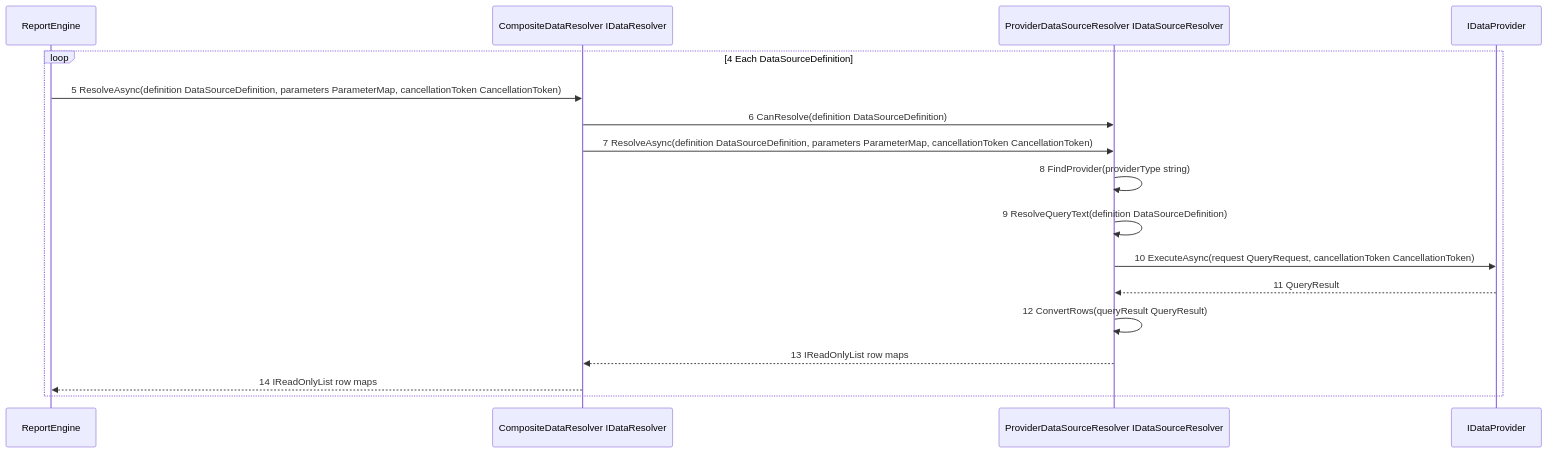
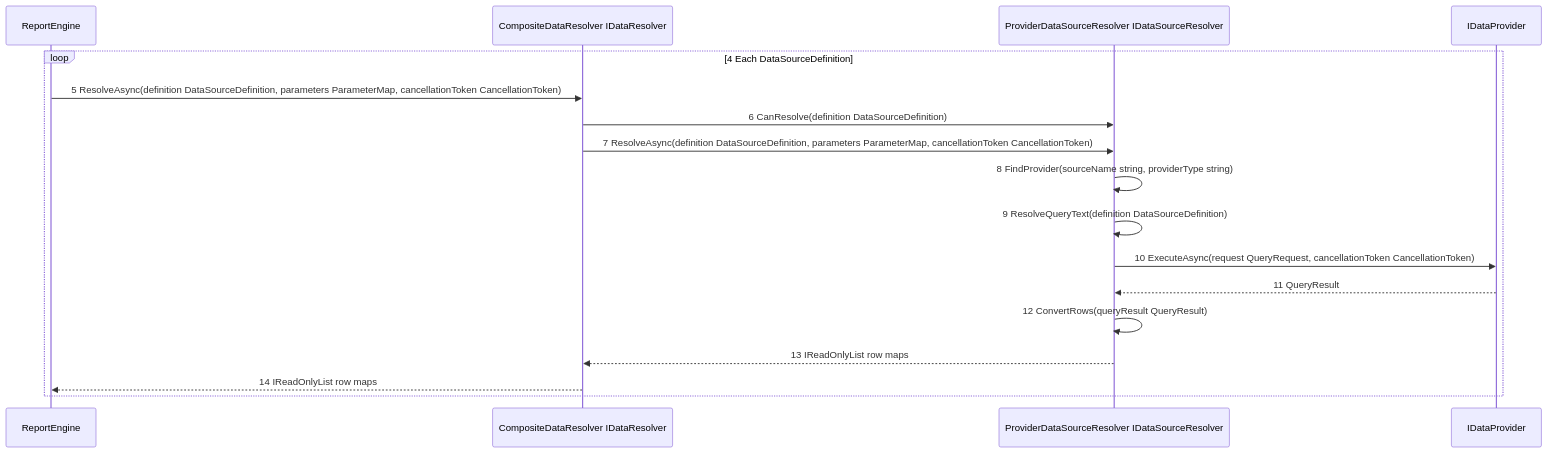
The second of 4 diagrams in docs/14-runasync-execution-call-graph.md (Netcodr81/kinetic-reports), drawn with Mermaid before and after one commit. The commit also changed other lines of this file and 19 other files, not shown here.

Commit message:
feat: Introduce named data sources with SourceName and update related documentation

````diff
--- a/docs/14-runasync-execution-call-graph.md
+++ b/docs/14-runasync-execution-call-graph.md
@@ -23,20 +23,20 @@
 ```mermaid
 sequenceDiagram
     participant Engine as ReportEngine
     participant Resolver as CompositeDataResolver IDataResolver
     participant SourceResolver as ProviderDataSourceResolver IDataSourceResolver
     participant Provider as IDataProvider
 
     loop 4 Each DataSourceDefinition
         Engine->>Resolver: 5 ResolveAsync(definition DataSourceDefinition, parameters ParameterMap, cancellationToken CancellationToken)
         Resolver->>SourceResolver: 6 CanResolve(definition DataSourceDefinition)
         Resolver->>SourceResolver: 7 ResolveAsync(definition DataSourceDefinition, parameters ParameterMap, cancellationToken CancellationToken)
-        SourceResolver->>SourceResolver: 8 FindProvider(providerType string)
+        SourceResolver->>SourceResolver: 8 FindProvider(sourceName string, providerType string)
         SourceResolver->>SourceResolver: 9 ResolveQueryText(definition DataSourceDefinition)
         SourceResolver->>Provider: 10 ExecuteAsync(request QueryRequest, cancellationToken CancellationToken)
         Provider-->>SourceResolver: 11 QueryResult
         SourceResolver->>SourceResolver: 12 ConvertRows(queryResult QueryResult)
         SourceResolver-->>Resolver: 13 IReadOnlyList row maps
         Resolver-->>Engine: 14 IReadOnlyList row maps
     end
 ```
````
